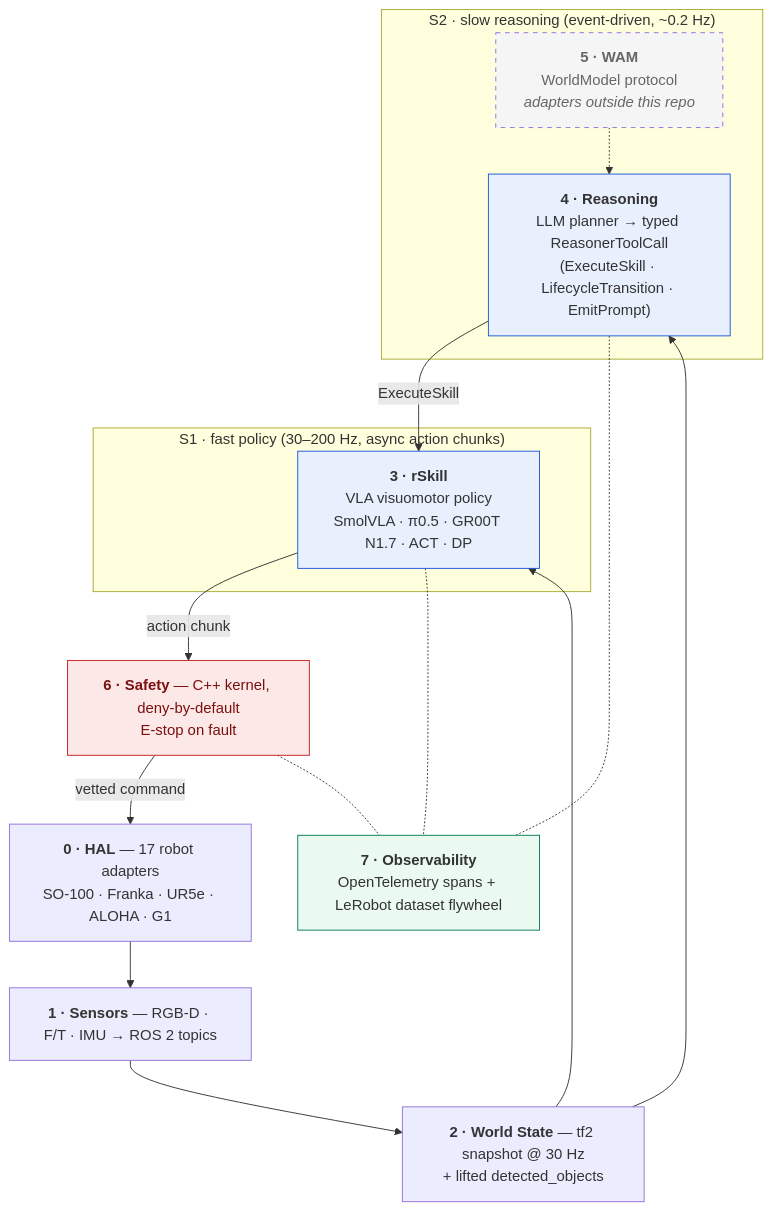
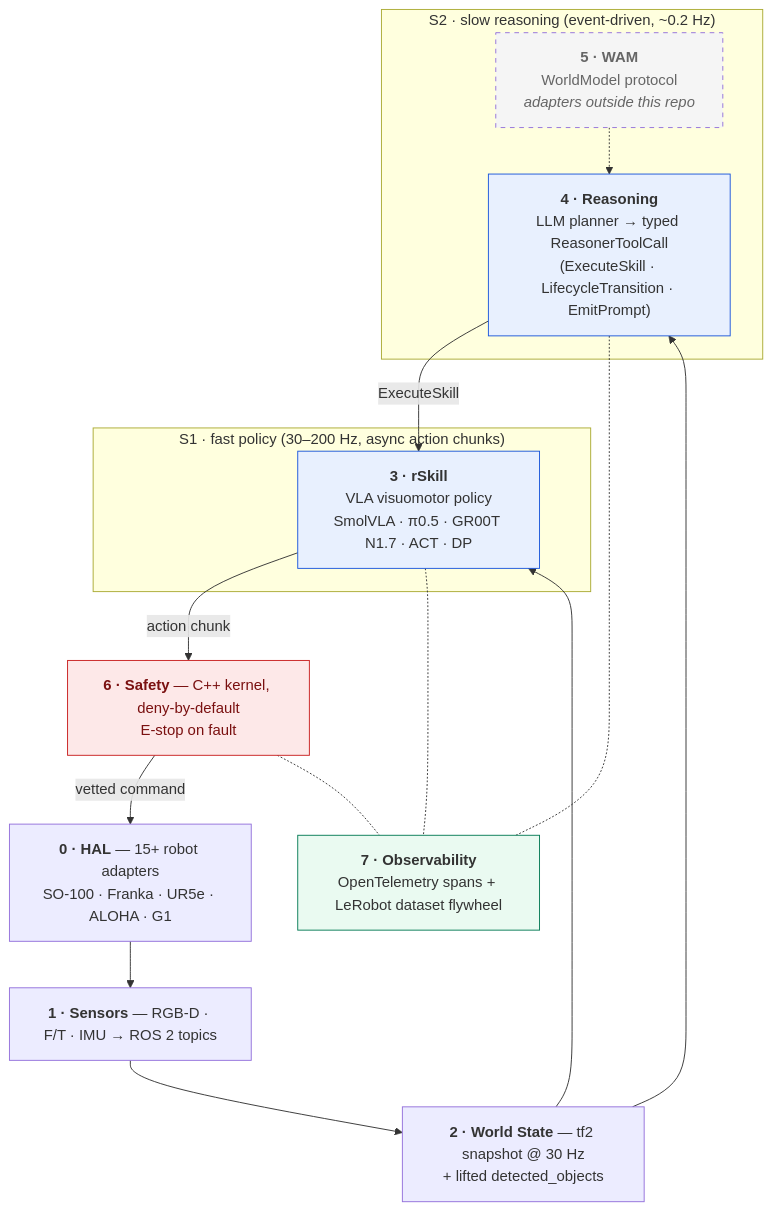
Before and after one commit to OpenRAL/openral: the diagram in README.md, drawn with Mermaid. The commit also changed other lines of this file, not shown here.

````diff
--- a/README.md
+++ b/README.md
@@ -210,38 +211,38 @@
 ```mermaid
 flowchart TB
     subgraph S2["S2 · slow reasoning (event-driven, ~0.2 Hz)"]
         REASON["<b>4 · Reasoning</b><br/>LLM planner → typed ReasonerToolCall<br/>(ExecuteSkill · LifecycleTransition · EmitPrompt)"]
         WAM["<b>5 · WAM</b><br/>WorldModel protocol<br/><i>adapters outside this repo</i>"]
     end
 
     subgraph S1["S1 · fast policy (30–200 Hz, async action chunks)"]
         RSKILL["<b>3 · rSkill</b><br/>VLA visuomotor policy<br/>SmolVLA · π0.5 · GR00T N1.7 · ACT · DP"]
     end
 
-    HAL["<b>0 · HAL</b> — 17 robot adapters<br/>SO-100 · Franka · UR5e · ALOHA · G1"]
+    HAL["<b>0 · HAL</b> — 15+ robot adapters<br/>SO-100 · Franka · UR5e · ALOHA · G1"]
     SENSORS["<b>1 · Sensors</b> — RGB-D · F/T · IMU → ROS 2 topics"]
     WORLD["<b>2 · World State</b> — tf2 snapshot @ 30 Hz<br/>+ lifted detected_objects"]
     SAFETY["<b>6 · Safety</b> — C++ kernel, deny-by-default<br/>E-stop on fault"]
     OBS["<b>7 · Observability</b><br/>OpenTelemetry spans + LeRobot dataset flywheel"]
 
     HAL --> SENSORS --> WORLD
     WORLD --> RSKILL
     WORLD --> REASON
     WAM -.-> REASON
     REASON -- ExecuteSkill --> RSKILL
     RSKILL -- action chunk --> SAFETY
     SAFETY -- vetted command --> HAL
 
     RSKILL -.- OBS
     REASON -.- OBS
     SAFETY -.- OBS
 
     classDef external stroke-dasharray:5 5,fill:#f5f5f5,color:#666;
     classDef safety fill:#fde8e8,stroke:#c81e1e,color:#7a1010;
     classDef policy fill:#e8f0fe,stroke:#1a56db;
     classDef obs fill:#eafaf1,stroke:#057a55;
     class WAM external;
     class SAFETY safety;
     class RSKILL,REASON policy;
     class OBS obs;
 ```
````
